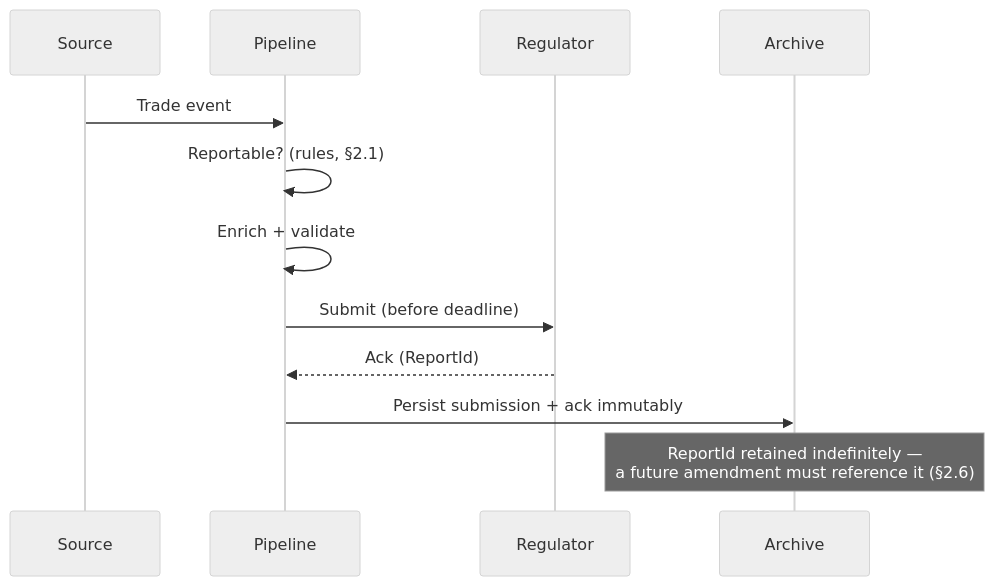
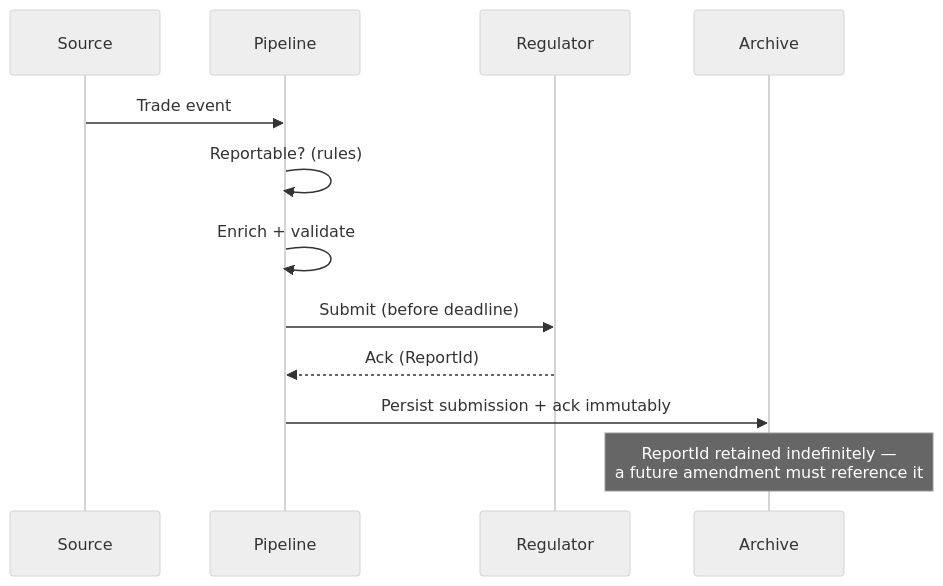
One commit to umashankarp/InterviewQuestions changed the second of 4 diagrams in 14-System-Design/13-Designing-Regulatory-Reporting-Pipeline.md. Above: the diagram before and after it, drawn with Mermaid (neutral theme). The commit also changed other lines of this file and 173 other files, not shown here.

````diff
--- a/14-System-Design/13-Designing-Regulatory-Reporting-Pipeline.md
+++ b/14-System-Design/13-Designing-Regulatory-Reporting-Pipeline.md
@@ -91,15 +91,15 @@
 ```mermaid
 sequenceDiagram
-    participant S as Source
-    participant P as Pipeline
-    participant R as Regulator
-    participant A as Archive
+ participant S as Source
+ participant P as Pipeline
+ participant R as Regulator
+ participant A as Archive
 
-    S->>P: Trade event
-    P->>P: Reportable? (rules, §2.1)
-    P->>P: Enrich + validate
-    P->>R: Submit (before deadline)
-    R-->>P: Ack (ReportId)
-    P->>A: Persist submission + ack immutably
-    Note over A: ReportId retained indefinitely —<br/>a future amendment must reference it (§2.6)
+ S->>P: Trade event
+ P->>P: Reportable? (rules)
+ P->>P: Enrich + validate
+ P->>R: Submit (before deadline)
+ R-->>P: Ack (ReportId)
+ P->>A: Persist submission + ack immutably
+ Note over A: ReportId retained indefinitely —<br/>a future amendment must reference it
 ```
````
